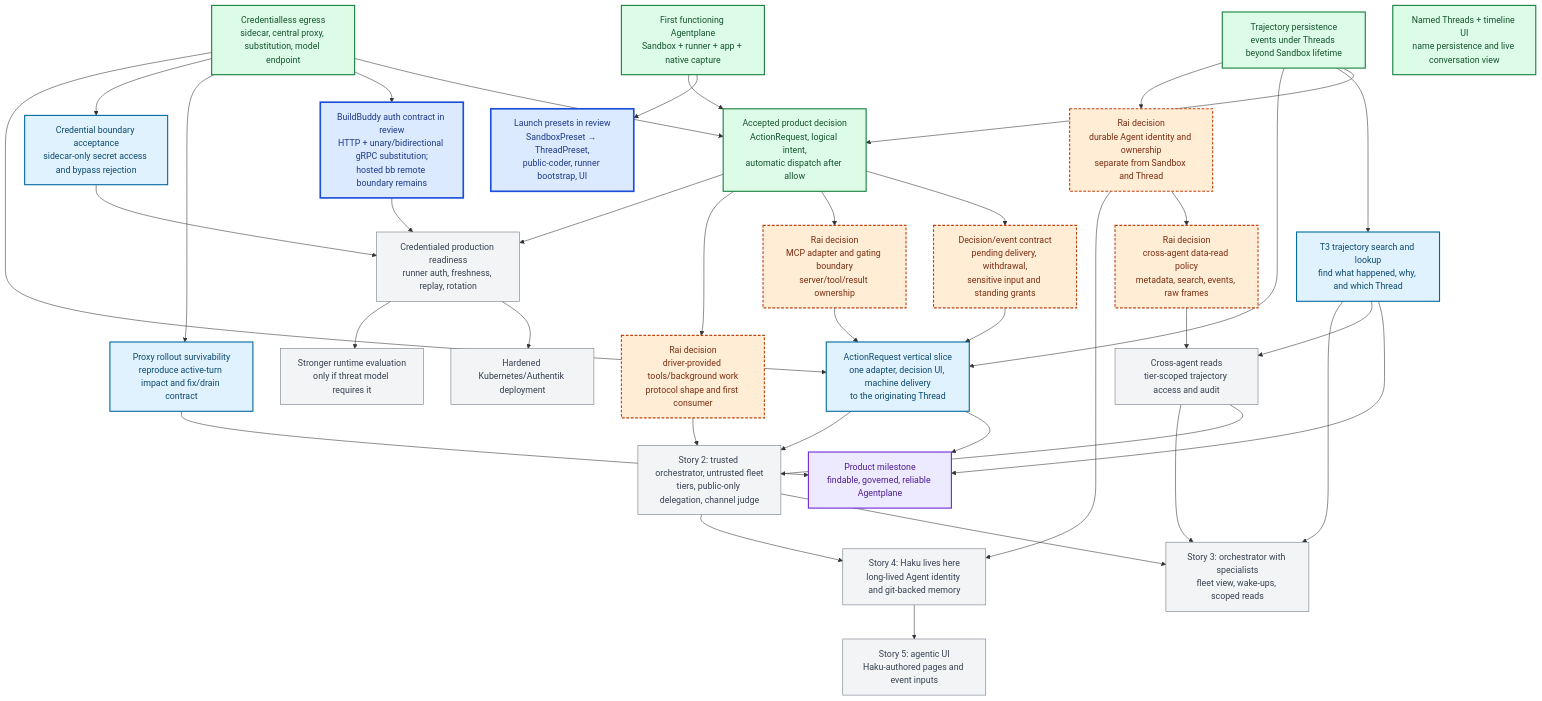
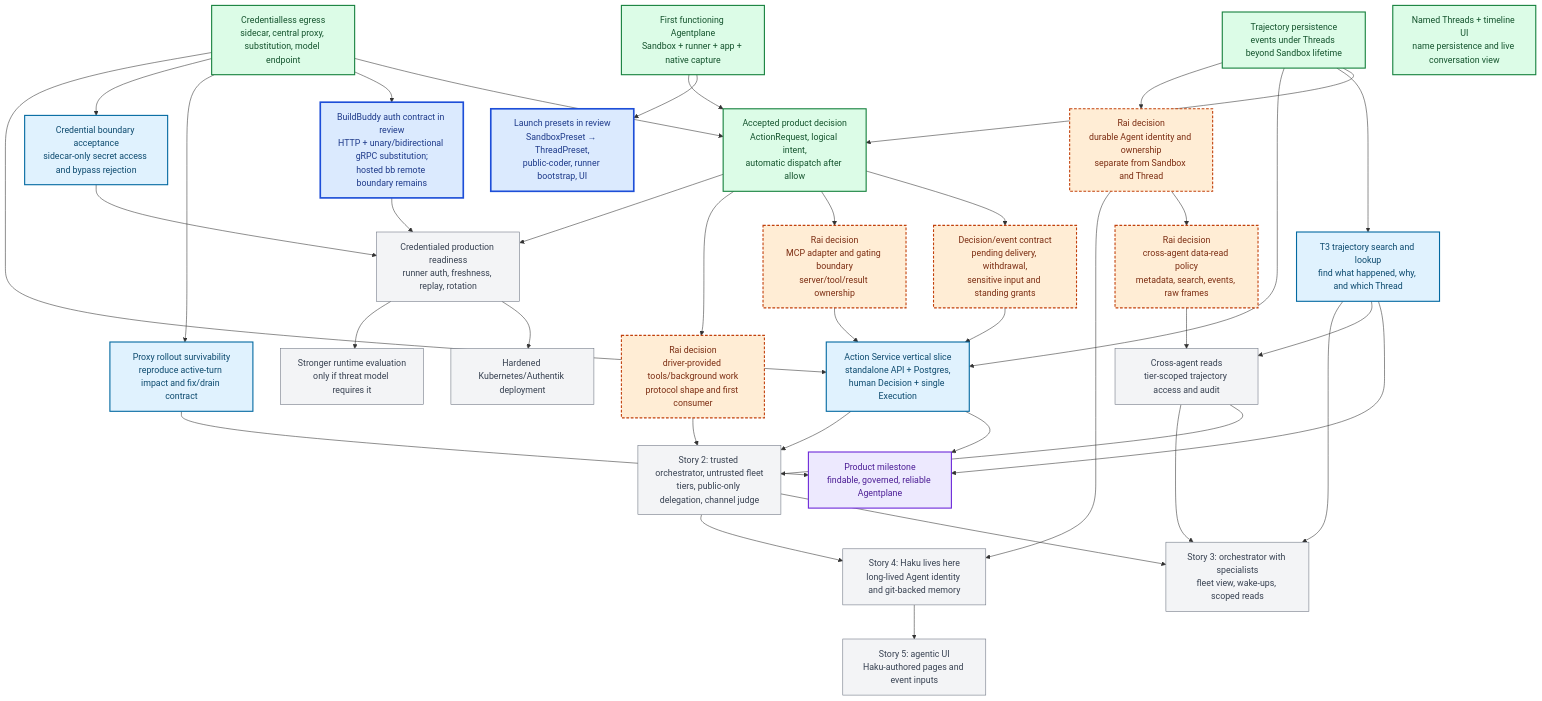
One commit to agentydragon/ducktape changed the diagram in x/agentplane/plans/task_dag.md. Above: the diagram before and after it, drawn with Mermaid. The commit also changed other lines of this file and 1 other file, not shown here.

Commit message:
docs(agentplane): define standalone action service boundary

````diff
--- a/x/agentplane/plans/task_dag.md
+++ b/x/agentplane/plans/task_dag.md
@@ -51,77 +51,77 @@
 ```mermaid
 flowchart TB
     classDef completed fill:#dcfce7,stroke:#15803d,color:#14532d,stroke-width:2px
     classDef active fill:#dbeafe,stroke:#1d4ed8,color:#1e3a8a,stroke-width:3px
     classDef ready fill:#e0f2fe,stroke:#0369a1,color:#0c4a6e,stroke-width:2px
     classDef milestone fill:#ede9fe,stroke:#6d28d9,color:#4c1d95,stroke-width:2px
     classDef decision fill:#ffedd5,stroke:#c2410c,color:#7c2d12,stroke-width:2px,stroke-dasharray:5 3
     classDef future fill:#f3f4f6,stroke:#6b7280,color:#374151
 
     F0["First functioning Agentplane<br/>Sandbox + runner + app + native capture"]:::completed
     J["Credentialless egress<br/>sidecar, central proxy, substitution, model endpoint"]:::completed
     T1["Trajectory persistence<br/>events under Threads beyond Sandbox lifetime"]:::completed
     T2["Named Threads + timeline UI<br/>name persistence and live conversation view"]:::completed
 
     LP["Launch presets in review<br/>SandboxPreset → ThreadPreset,<br/>public-coder, runner bootstrap, UI"]:::active
     BB["BuildBuddy auth contract in review<br/>HTTP + unary/bidirectional gRPC substitution;<br/>hosted bb remote boundary remains"]:::active
 
     OPD["Accepted product decision<br/>ActionRequest, logical intent,<br/>automatic dispatch after allow"]:::completed
     OPS["Decision/event contract<br/>pending delivery, withdrawal,<br/>sensitive input and standing grants"]:::decision
     MCPD["Rai decision<br/>MCP adapter and gating boundary<br/>server/tool/result ownership"]:::decision
-    OPI["ActionRequest vertical slice<br/>one adapter, decision UI, machine delivery<br/>to the originating Thread"]:::ready
+    OPI["Action Service vertical slice<br/>standalone API + Postgres,<br/>human Decision + single Execution"]:::ready
 
     T3["T3 trajectory search and lookup<br/>find what happened, why, and which Thread"]:::ready
     PR["Proxy rollout survivability<br/>reproduce active-turn impact and fix/drain contract"]:::ready
     SEC["Credential boundary acceptance<br/>sidecar-only secret access and bypass rejection"]:::ready
 
     AGD["Rai decision<br/>durable Agent identity and ownership<br/>separate from Sandbox and Thread"]:::decision
     DATAD["Rai decision<br/>cross-agent data-read policy<br/>metadata, search, events, raw frames"]:::decision
     XREAD["Cross-agent reads<br/>tier-scoped trajectory access and audit"]:::future
 
     DT["Rai decision<br/>driver-provided tools/background work<br/>protocol shape and first consumer"]:::decision
     N["Story 2: trusted orchestrator, untrusted fleet<br/>tiers, public-only delegation, channel judge"]:::future
     O["Story 3: orchestrator with specialists<br/>fleet view, wake-ups, scoped reads"]:::future
     HK["Story 4: Haku lives here<br/>long-lived Agent identity and git-backed memory"]:::future
     UI["Story 5: agentic UI<br/>Haku-authored pages and event inputs"]:::future
     L["Credentialed production readiness<br/>runner auth, freshness, replay, rotation"]:::future
     V["Stronger runtime evaluation<br/>only if threat model requires it"]:::future
     W["Hardened Kubernetes/Authentik deployment"]:::future
     F["Product milestone<br/>findable, governed, reliable Agentplane"]:::milestone
 
     F0 --> LP
     F0 --> OPD
     J --> OPD
     J --> BB
     T1 --> OPD
     T1 --> T3
     J --> PR
     J --> SEC
     OPD --> OPS
     OPD --> MCPD
     OPS --> OPI
     MCPD --> OPI
     J --> OPI
     T1 --> OPI
     T3 --> F
     OPI --> F
     PR --> F
     SEC --> L
     BB --> L
     OPD --> DT
     T1 --> AGD
     AGD --> DATAD
     T3 --> XREAD
     DATAD --> XREAD
     OPI --> N
     XREAD --> N
     DT --> N
     N --> O
     XREAD --> O
     T3 --> O
     N --> HK
     AGD --> HK
     HK --> UI
     L --> W
     OPD --> L
     L --> V
 ```
````
